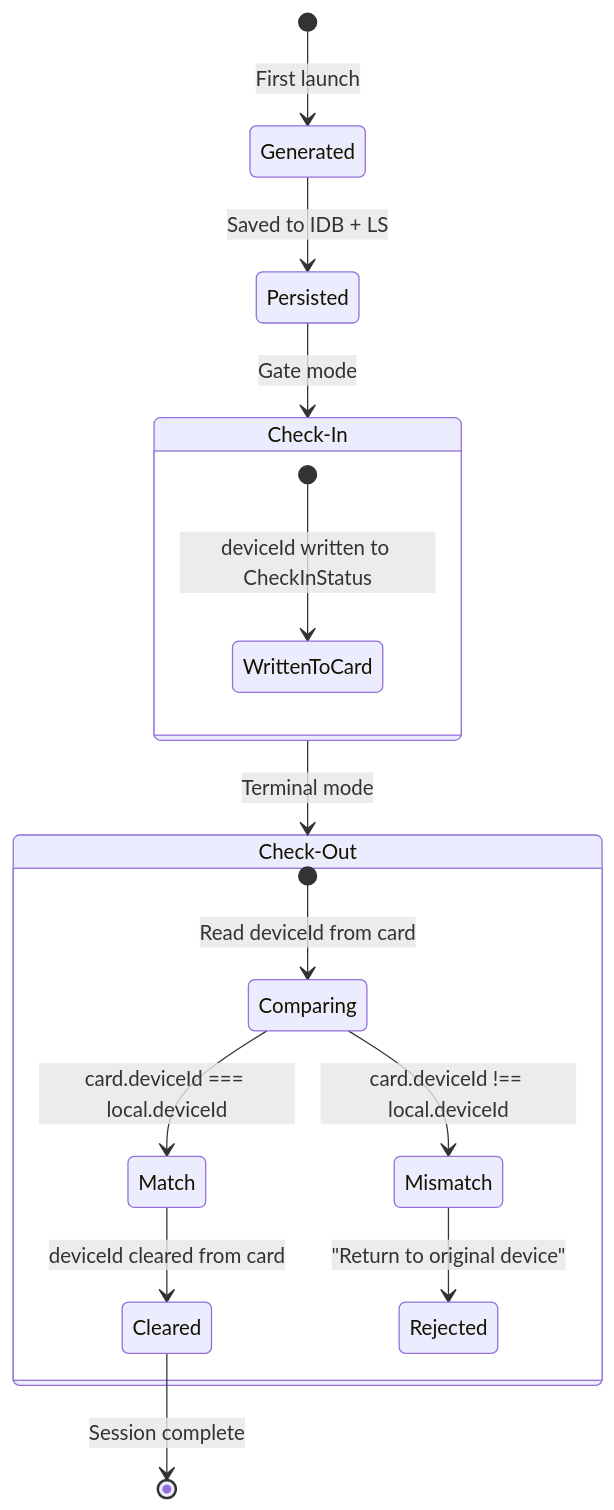
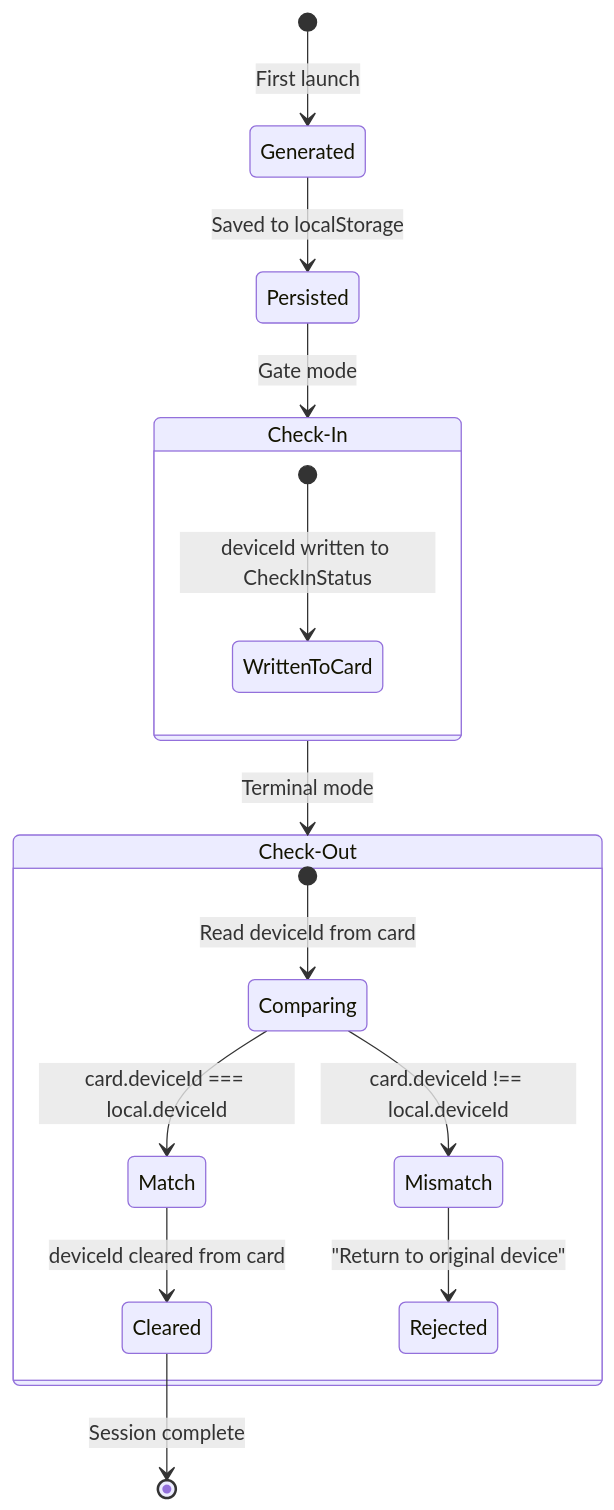
Before and after one commit to widdestoyud/assesment-s1-2026: the second of 2 diagrams in docs/wiki/membership-benefit-card/04-Technical-Flows/Device-Binding.md, drawn with Mermaid. The commit also changed other lines of this file and 23 other files, not shown here.

First line of the commit message:
chore(mbc): Update agents, specs, wiki docs, and storage architecture (#35)

````diff
--- a/docs/wiki/membership-benefit-card/04-Technical-Flows/Device-Binding.md
+++ b/docs/wiki/membership-benefit-card/04-Technical-Flows/Device-Binding.md
@@ -49,21 +41,21 @@
 ```mermaid
 stateDiagram-v2
     [*] --> Generated: First launch
-    Generated --> Persisted: Saved to IDB + LS
+    Generated --> Persisted: Saved to localStorage
 
     state "Check-In" as CI {
         [*] --> WrittenToCard: deviceId written to CheckInStatus
     }
 
     state "Check-Out" as CO {
         [*] --> Comparing: Read deviceId from card
         Comparing --> Match: card.deviceId === local.deviceId
         Comparing --> Mismatch: card.deviceId !== local.deviceId
         Match --> Cleared: deviceId cleared from card
         Mismatch --> Rejected: "Return to original device"
     }
 
     Persisted --> CI: Gate mode
     CI --> CO: Terminal mode
     Cleared --> [*]: Session complete
 ```
````
